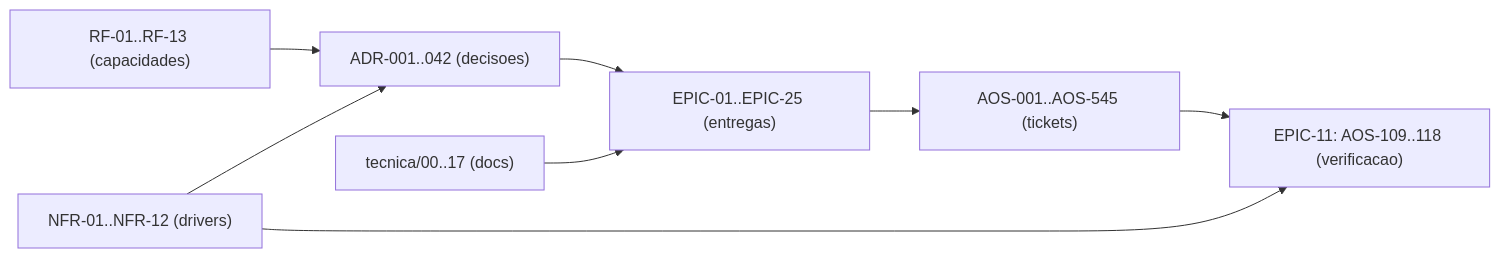
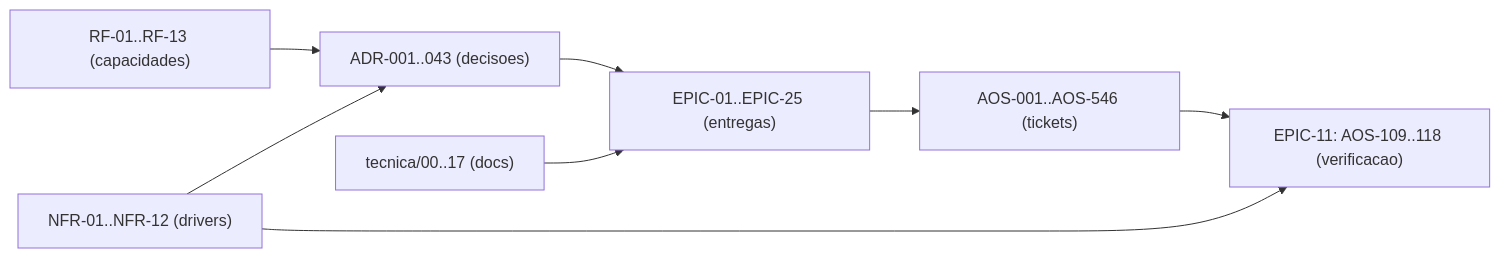
One commit to albinoJimy/aos changed the diagram in tecnica/16_Rastreabilidade_RTM.md. Above: the diagram before and after it, drawn with Mermaid. The commit also changed other lines of this file and 4 other files, not shown here.

First line of the commit message:
docs(AOS-546): ADR-043 harness por capacidades proposto (R0) e ticket da fase R1a

````diff
--- a/tecnica/16_Rastreabilidade_RTM.md
+++ b/tecnica/16_Rastreabilidade_RTM.md
@@ -211,10 +213,10 @@
 ```mermaid
 flowchart LR
-    RF["RF-01..RF-13 (capacidades)"] --> ADR["ADR-001..042 (decisoes)"]
+    RF["RF-01..RF-13 (capacidades)"] --> ADR["ADR-001..043 (decisoes)"]
     NFR["NFR-01..NFR-12 (drivers)"] --> ADR
     ADR --> EPIC["EPIC-01..EPIC-25 (entregas)"]
-    EPIC --> TICK["AOS-001..AOS-545 (tickets)"]
+    EPIC --> TICK["AOS-001..AOS-546 (tickets)"]
     DOC["tecnica/00..17 (docs)"] --> EPIC
     TICK --> TEST["EPIC-11: AOS-109..118 (verificacao)"]
     NFR --> TEST
 ```
````
